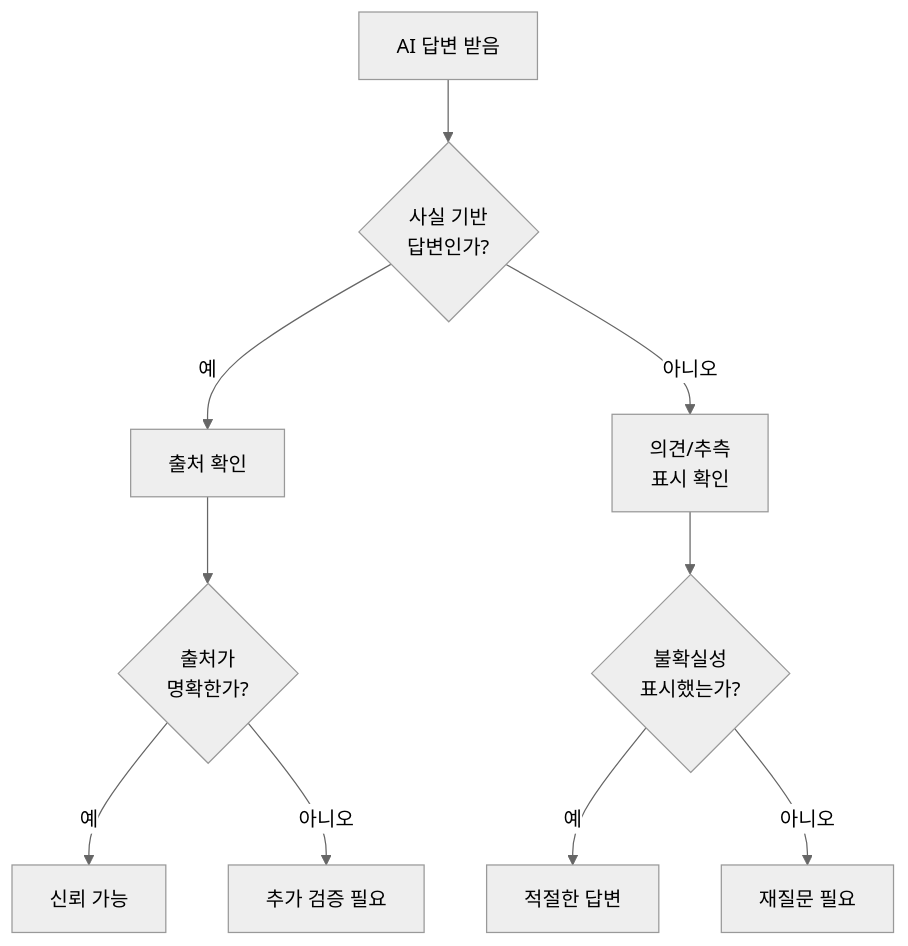
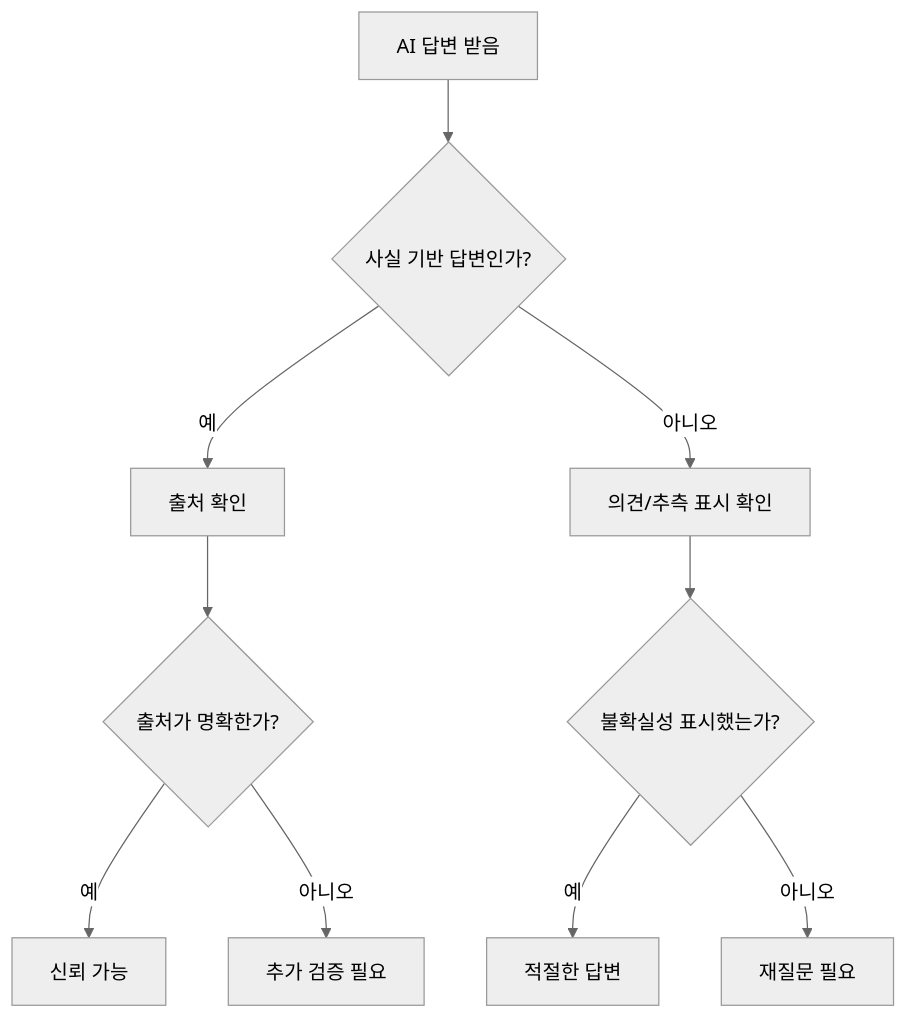
One commit to nugurejeil/weniVooks changed the second of 4 diagrams in _md/essentials-vibecoding/chapter04/04-4.md. Above: the diagram before and after it, drawn with Mermaid (neutral theme). The commit also changed other lines of this file and 133 other files, not shown here.

````diff
--- a/_md/essentials-vibecoding/chapter04/04-4.md
+++ b/_md/essentials-vibecoding/chapter04/04-4.md
@@ -133,14 +140,14 @@
 ```mermaid
 flowchart TD
-    A["AI 답변 받음"] --> B{"사실 기반<br/>답변인가?"}
-    B -->|예| C["출처 확인"]
-    B -->|아니오| D["의견/추측<br/>표시 확인"]
+    A["AI 답변 받음"] --> B{"사실 기반 답변인가?"}
+    B -->|"예"| C["출처 확인"]
+    B -->|"아니오"| D["의견/추측 표시 확인"]
 
-    C --> E{"출처가<br/>명확한가?"}
-    E -->|예| F["신뢰 가능"]
-    E -->|아니오| G["추가 검증 필요"]
+    C --> E{"출처가 명확한가?"}
+    E -->|"예"| F["신뢰 가능"]
+    E -->|"아니오"| G["추가 검증 필요"]
 
-    D --> H{"불확실성<br/>표시했는가?"}
-    H -->|예| I["적절한 답변"]
-    H -->|아니오| J["재질문 필요"]
+    D --> H{"불확실성 표시했는가?"}
+    H -->|"예"| I["적절한 답변"]
+    H -->|"아니오"| J["재질문 필요"]
 ```
````
